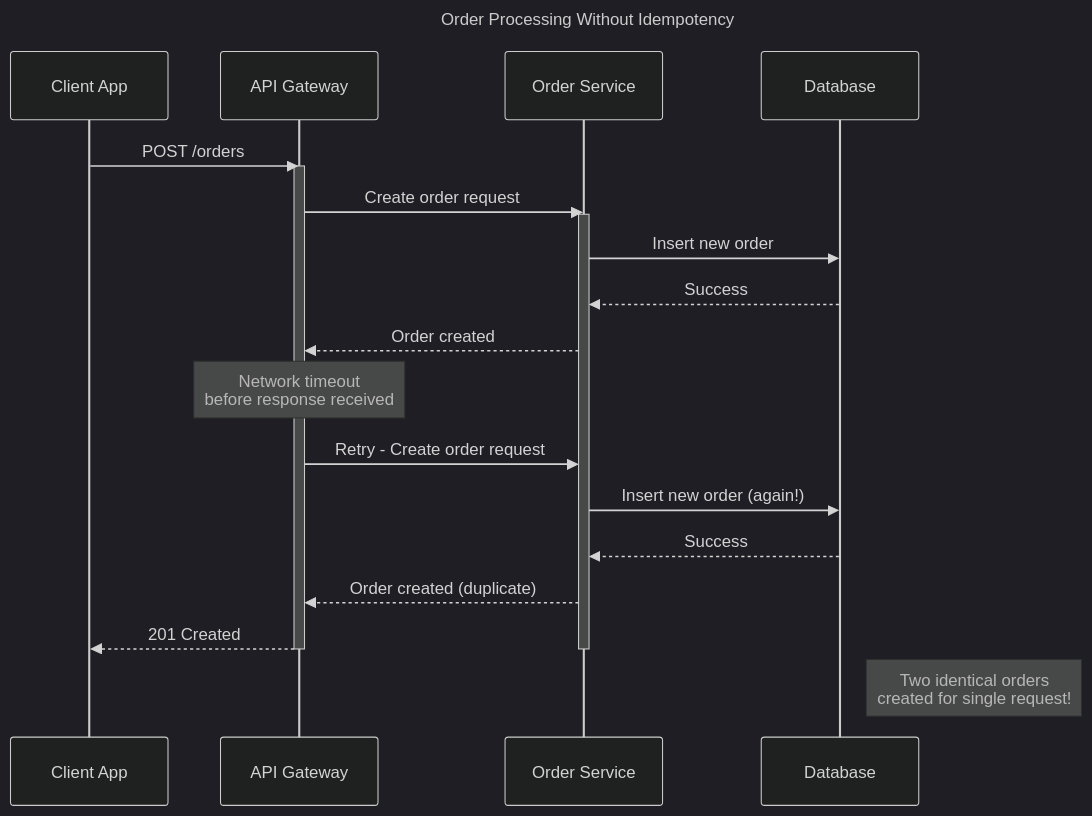
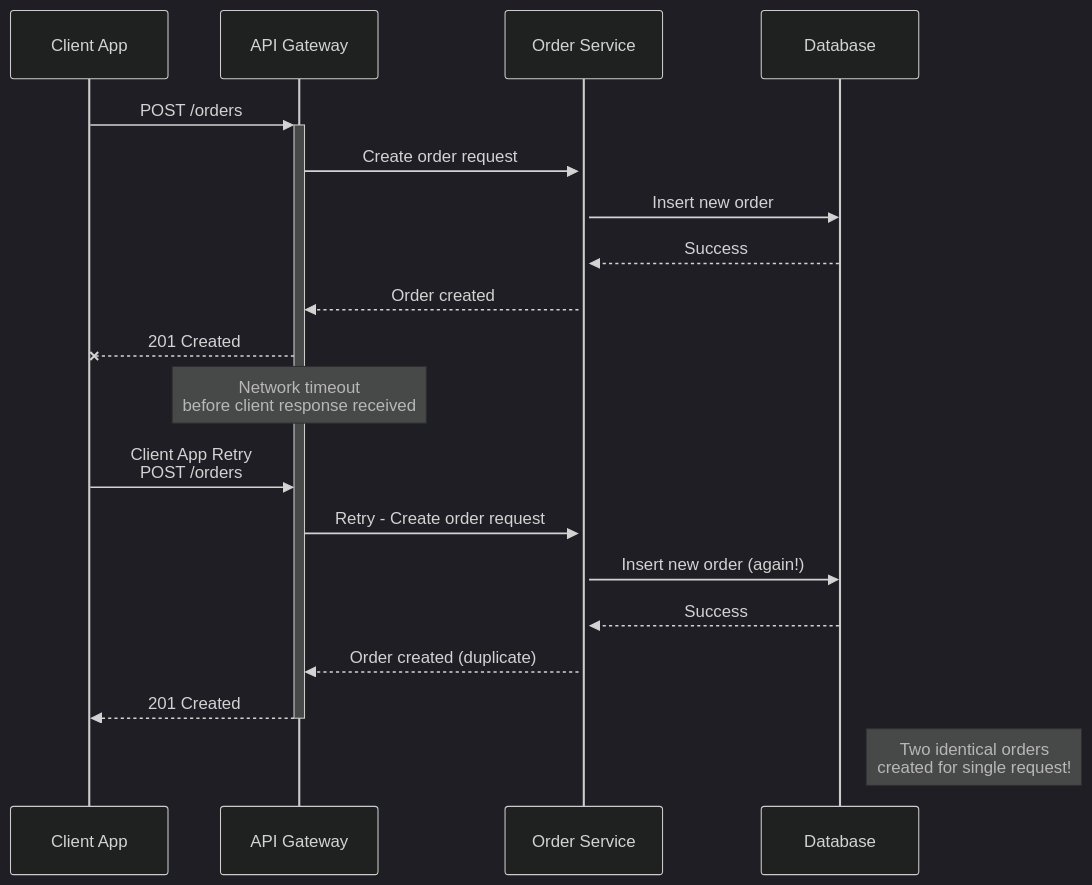
One commit to wildansupernova/wildansupernova.github.io changed the first of 3 diagrams in software-engineering/_posts/2025-05-12-How to Implements Idempotent API Properly.md. Above: the diagram before and after it, drawn with Mermaid (dark theme). The commit also changed other lines of this file, not shown here.

Commit message:
fix mermaid uml

````diff
--- a/software-engineering/_posts/2025-05-12-How to Implements Idempotent API Properly.md
+++ b/software-engineering/_posts/2025-05-12-How to Implements Idempotent API Properly.md
@@ -63,29 +102,22 @@
 ```mermaid
 sequenceDiagram
-    title Order Processing Without Idempotency
-    
-    participant Client as Client App
-    participant Gateway as API Gateway
-    participant Order as Order Service
-    participant DB as Database
+  participant Client as Client App
+  participant Gateway as API Gateway
+  participant Order as Order Service
+  participant DB as Database
 
-    Client->>Gateway: POST /orders
-    activate Gateway
-    Gateway->>Order: Create order request
-    activate Order
-    Order->>DB: Insert new order
-    DB-->>Order: Success
-    Order-->>Gateway: Order created
-
-    Note over Gateway: Network timeout<br/>before response received
-    Gateway->>Order: Retry - Create order request
-    Order->>DB: Insert new order (again!)
-    DB-->>Order: Success
-    Order-->>Gateway: Order created (duplicate)
-
-    Gateway-->>Client: 201 Created
-    deactivate Gateway
-    deactivate Order
-
-    Note right of DB: Two identical orders<br/>created for single request!
+  Client ->>+ Gateway: POST /orders
+  Gateway ->>+ Order: Create order request
+  Order ->> DB: Insert new order
+  DB -->> Order: Success
+  Order -->> Gateway: Order created
+  Gateway --x Client: 201 Created
+  Note over Gateway: Network timeout<br/>before client response received
+  Client ->> Gateway: Client App Retry<br> POST /orders
+  Gateway ->> Order: Retry - Create order request
+  Order ->> DB: Insert new order (again!)
+  DB -->> Order: Success
+  Order -->> Gateway: Order created (duplicate)
+  Gateway -->>- Client: 201 Created
+  Note right of DB: Two identical orders<br/>created for single request!
 ```
````
